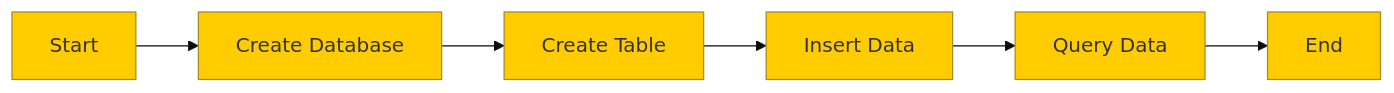
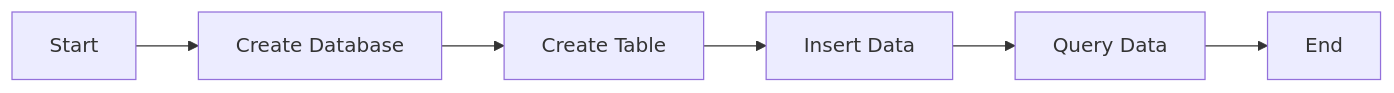
The diagram in sql/Lecture_SQL_I.md (BasharAlwarad/Software_Engineering_course), drawn with Mermaid before and after one commit. The commit also changed other lines of this file and 25 other files, not shown here.

````diff
--- a/sql/Lecture_SQL_I.md
+++ b/sql/Lecture_SQL_I.md
@@ -142,9 +142,8 @@
 ```mermaid
-%%{init: {'theme': 'base', 'themeVariables': { 'primaryColor': '#ffcc00', 'edgeLabelBackground':'#ffffff', 'tertiaryColor': '#ffcc00', 'fontFamily': 'Handwritten', 'fontSize': '16px', 'sketch': true }}}%%
 graph LR;
     A[Start] --> B[Create Database];
     B --> C[Create Table];
     C --> D[Insert Data];
     D --> E[Query Data];
     E --> F[End];
 ```
````
